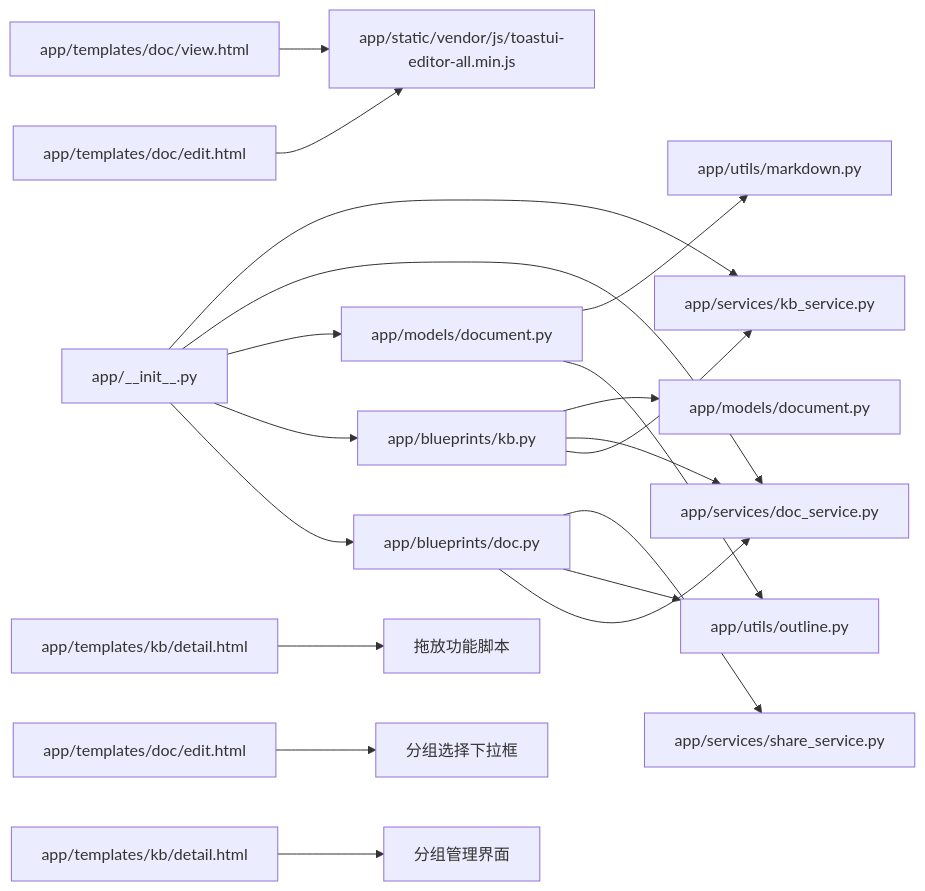
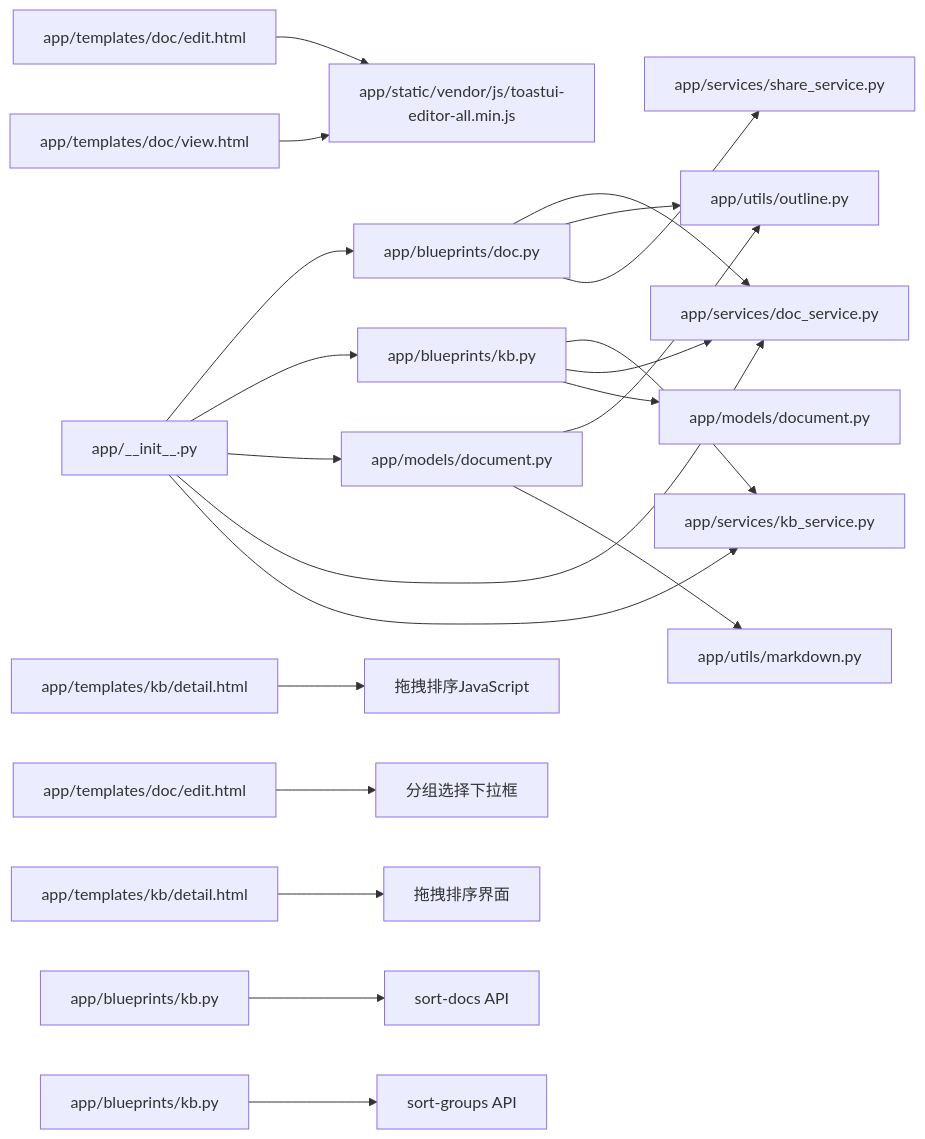
Diagram 19 of 20 in .qoder/repowiki/zh/content/架构设计/蓝图系统设计/文档蓝图 (Document Blueprint).md (beyondalbert/my_wiki), drawn with Mermaid before and after one commit. The commit also changed other lines of this file and 6 other files, not shown here.

````diff
--- a/.qoder/repowiki/zh/content/架构设计/蓝图系统设计/文档蓝图 (Document Blueprint).md
+++ b/.qoder/repowiki/zh/content/架构设计/蓝图系统设计/文档蓝图 (Document Blueprint).md
@@ -727,21 +775,23 @@
 ```mermaid
 graph LR
 A[app/__init__.py] --> B[app/blueprints/doc.py]
 A --> C[app/blueprints/kb.py]
 A --> D[app/models/document.py]
 A --> E[app/services/doc_service.py]
 A --> F[app/services/kb_service.py]
 B --> E
 B --> G[app/utils/outline.py]
 B --> H[app/services/share_service.py]
 C --> F
 C --> E
 C --> I[app/models/document.py]
 D --> G
 D --> J[app/utils/markdown.py]
 K[app/templates/doc/edit.html] --> L[app/static/vendor/js/toastui-editor-all.min.js]
 M[app/templates/doc/view.html] --> L
-N[app/templates/kb/detail.html] --> O[拖放功能脚本]
+N[app/templates/kb/detail.html] --> O[拖拽排序JavaScript]
 P[app/templates/doc/edit.html] --> Q[分组选择下拉框]
-R[app/templates/kb/detail.html] --> S[分组管理界面]
+R[app/templates/kb/detail.html] --> S[拖拽排序界面]
+T[app/blueprints/kb.py] --> U[sort-docs API]
+V[app/blueprints/kb.py] --> W[sort-groups API]
 ```
````
